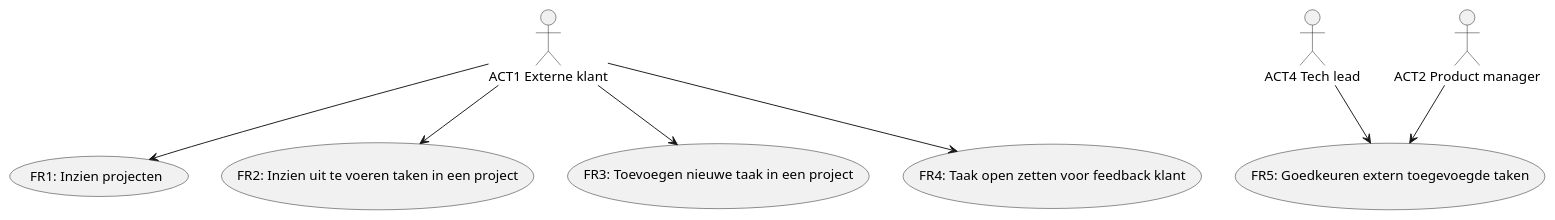
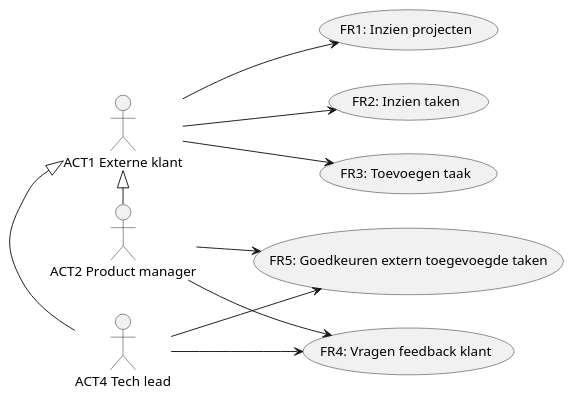
Before and after one commit to DCReceveur/pre-afstudeer-docs: the third of 3 diagrams in FunctioneelOntwerp.md, drawn with PlantUML. The commit also changed other lines of this file and 1 other file, not shown here.

Commit message:
domeinmodel, borden/statussen, UC diagram, PVA ontwikkelmethoden

````diff
--- a/FunctioneelOntwerp.md
+++ b/FunctioneelOntwerp.md
@@ -161,21 +237,28 @@
 ```plantuml
+left to right direction
 
-:ACT1 Externe klant: as klant
+:ACT1 Externe klant: as KL
 :ACT4 Tech lead: as TL
 :ACT2 Product manager: as PM
 
 (FR1: Inzien projecten) as FR1
-(FR2: Inzien uit te voeren taken in een project) as FR2
-(FR3: Toevoegen nieuwe taak in een project) as FR3
-(FR4: Taak open zetten voor feedback klant) as FR4
+(FR2: Inzien taken) as FR2
+(FR3: Toevoegen taak) as FR3
+(FR4: Vragen feedback klant) as FR4
 (FR5: Goedkeuren extern toegevoegde taken) as FR5
 
-klant --> FR1
-klant --> FR2
-klant --> FR3
-klant -->FR4
+KL -DOWN-> FR1
+KL -DOWN-> FR2
+KL -DOWN-> FR3
 
-TL-->FR5
-PM-->FR5
+
+TL-DOWN->FR5
+PM-DOWN->FR5
+TL-DOWN->FR4
+PM-DOWN->FR4
+
+PM-LEFT-|>KL
+TL-LEFT-|>KL
+
 
 ```
````
